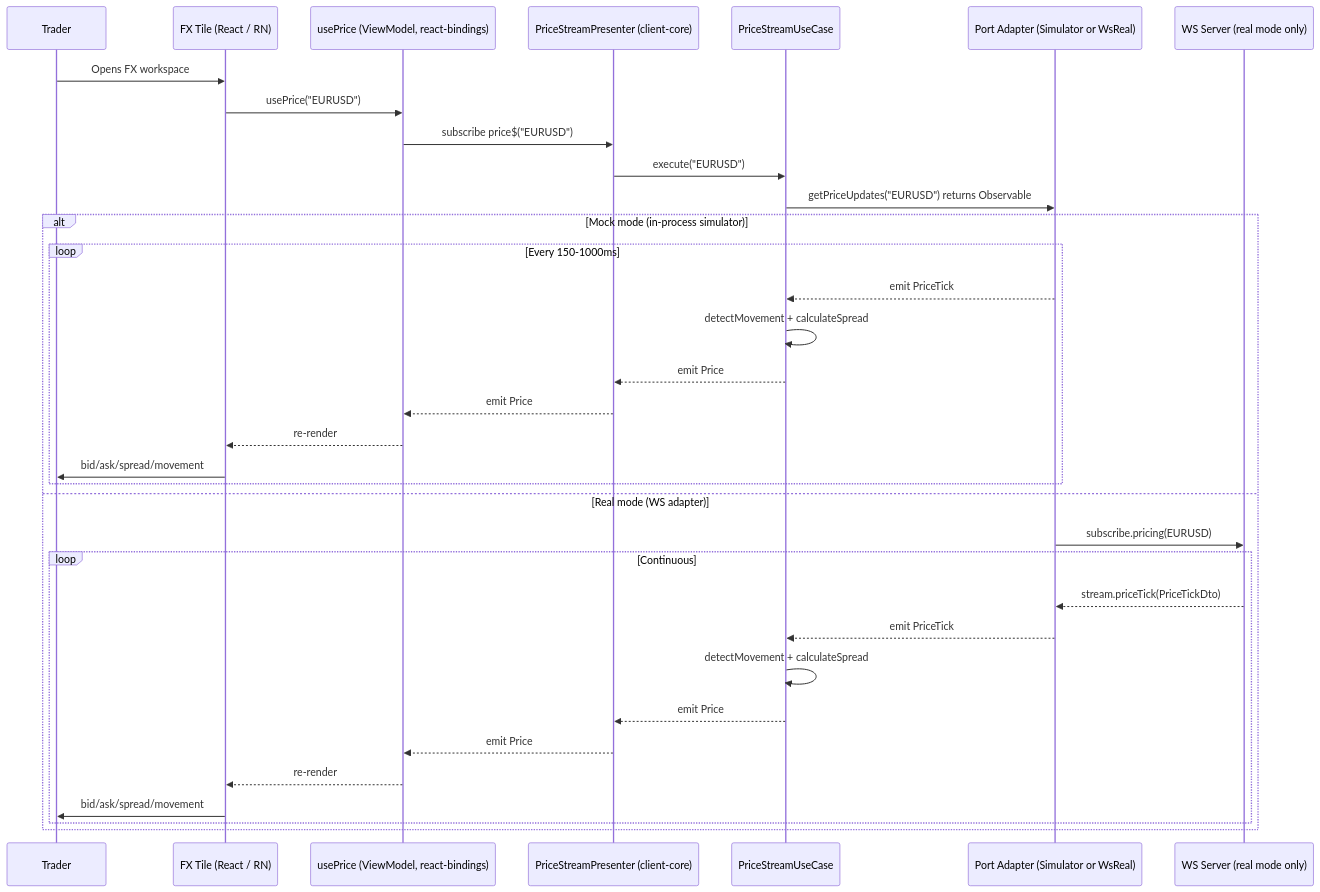
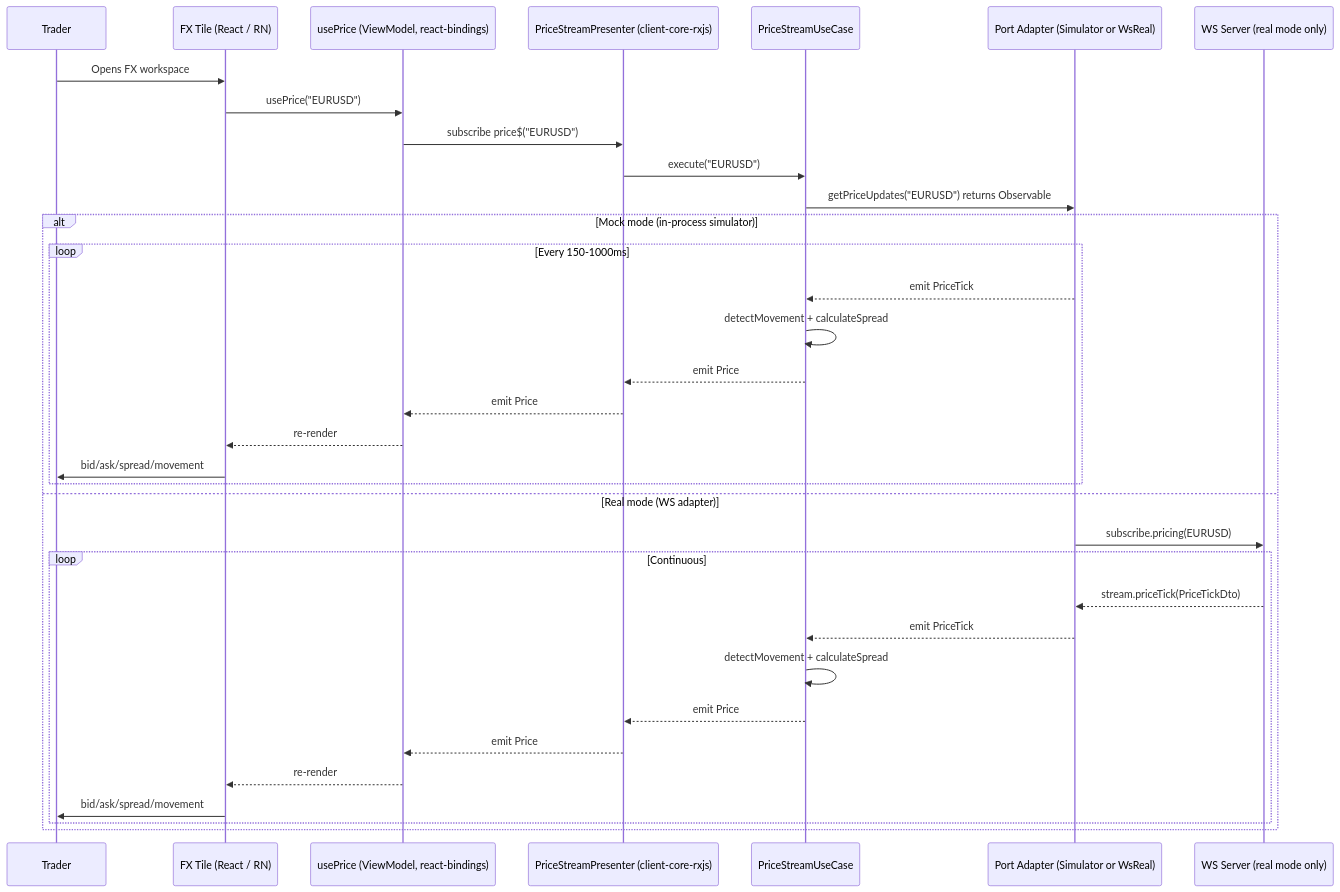
Before and after one commit to bettersoftware-io/ReactiveTraderCloudClone: the first of 4 diagrams in docs/architecture/04-sequence-diagrams.md, drawn with Mermaid. The commit also changed other lines of this file and 43 other files, not shown here.

````diff
--- a/docs/architecture/04-sequence-diagrams.md
+++ b/docs/architecture/04-sequence-diagrams.md
@@ -7,38 +7,38 @@
 ```mermaid
 sequenceDiagram
     participant Trader
     participant Tile as FX Tile (React / RN)
     participant Hook as usePrice (ViewModel, react-bindings)
-    participant Presenter as PriceStreamPresenter (client-core)
+    participant Presenter as PriceStreamPresenter (client-core-rxjs)
     participant UC as PriceStreamUseCase
     participant Adapter as Port Adapter (Simulator or WsReal)
     participant Server as WS Server (real mode only)
 
     Trader->>Tile: Opens FX workspace
     Tile->>Hook: usePrice("EURUSD")
     Hook->>Presenter: subscribe price$("EURUSD")
     Presenter->>UC: execute("EURUSD")
     UC->>Adapter: getPriceUpdates("EURUSD") returns Observable
 
     alt Mock mode (in-process simulator)
         loop Every 150-1000ms
             Adapter-->>UC: emit PriceTick
             UC->>UC: detectMovement + calculateSpread
             UC-->>Presenter: emit Price
             Presenter-->>Hook: emit Price
             Hook-->>Tile: re-render
             Tile->>Trader: bid/ask/spread/movement
         end
     else Real mode (WS adapter)
         Adapter->>Server: subscribe.pricing(EURUSD)
         loop Continuous
             Server-->>Adapter: stream.priceTick(PriceTickDto)
             Adapter-->>UC: emit PriceTick
             UC->>UC: detectMovement + calculateSpread
             UC-->>Presenter: emit Price
             Presenter-->>Hook: emit Price
             Hook-->>Tile: re-render
             Tile->>Trader: bid/ask/spread/movement
         end
     end
 ```
````
